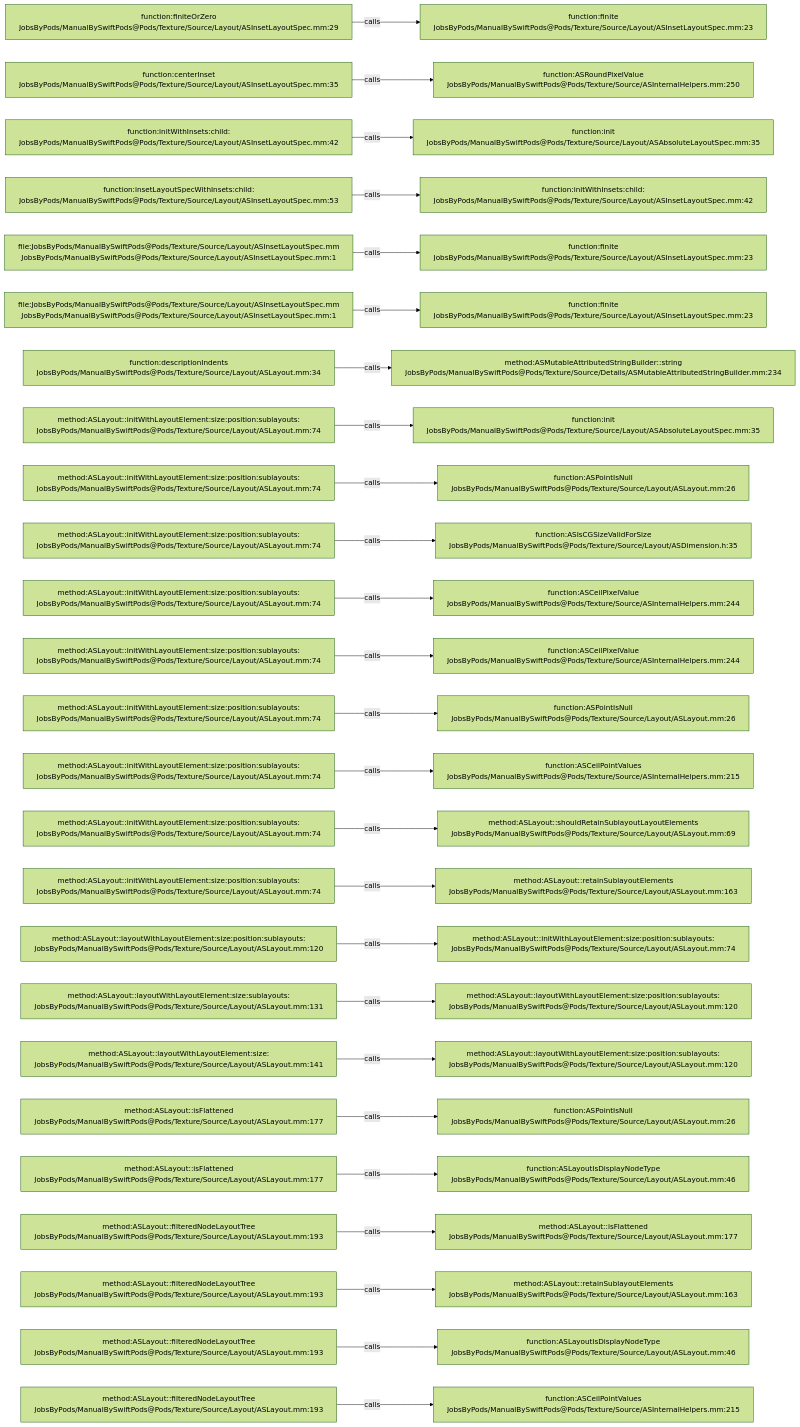
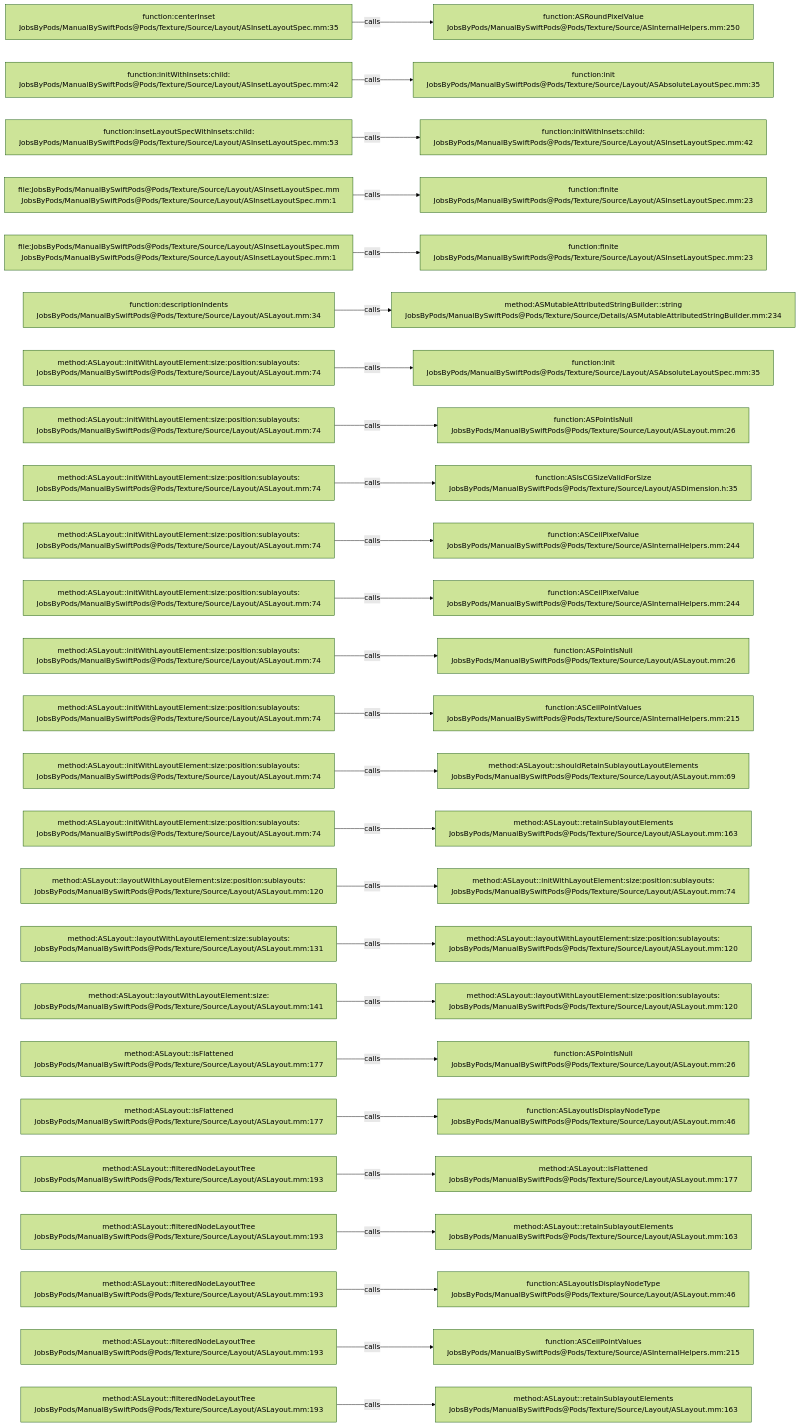
The diagram in .codegraph/codegraph.md/graphs/calls-108.md (JobsKits/JobsSwiftBaseConfigDemo), drawn with Mermaid (forest theme) before and after one commit. The commit also changed 747 other files, not shown here.

````diff
--- a/.codegraph/codegraph.md/graphs/calls-108.md
+++ b/.codegraph/codegraph.md/graphs/calls-108.md
@@ -13,78 +13,78 @@
 ```mermaid
 flowchart LR
-  S1["function:finiteOrZero<br/>JobsByPods/ManualBySwiftPods@Pods/Texture/Source/Layout/ASInsetLayoutSpec.mm:29"]
-  T1["function:finite<br/>JobsByPods/ManualBySwiftPods@Pods/Texture/Source/Layout/ASInsetLayoutSpec.mm:23"]
+  S1["function:centerInset<br/>JobsByPods/ManualBySwiftPods@Pods/Texture/Source/Layout/ASInsetLayoutSpec.mm:35"]
+  T1["function:ASRoundPixelValue<br/>JobsByPods/ManualBySwiftPods@Pods/Texture/Source/ASInternalHelpers.mm:250"]
   S1 -->|calls| T1
-  S2["function:centerInset<br/>JobsByPods/ManualBySwiftPods@Pods/Texture/Source/Layout/ASInsetLayoutSpec.mm:35"]
-  T2["function:ASRoundPixelValue<br/>JobsByPods/ManualBySwiftPods@Pods/Texture/Source/ASInternalHelpers.mm:250"]
+  S2["function:initWithInsets:child:<br/>JobsByPods/ManualBySwiftPods@Pods/Texture/Source/Layout/ASInsetLayoutSpec.mm:42"]
+  T2["function:init<br/>JobsByPods/ManualBySwiftPods@Pods/Texture/Source/Layout/ASAbsoluteLayoutSpec.mm:35"]
   S2 -->|calls| T2
-  S3["function:initWithInsets:child:<br/>JobsByPods/ManualBySwiftPods@Pods/Texture/Source/Layout/ASInsetLayoutSpec.mm:42"]
-  T3["function:init<br/>JobsByPods/ManualBySwiftPods@Pods/Texture/Source/Layout/ASAbsoluteLayoutSpec.mm:35"]
+  S3["function:insetLayoutSpecWithInsets:child:<br/>JobsByPods/ManualBySwiftPods@Pods/Texture/Source/Layout/ASInsetLayoutSpec.mm:53"]
+  T3["function:initWithInsets:child:<br/>JobsByPods/ManualBySwiftPods@Pods/Texture/Source/Layout/ASInsetLayoutSpec.mm:42"]
   S3 -->|calls| T3
-  S4["function:insetLayoutSpecWithInsets:child:<br/>JobsByPods/ManualBySwiftPods@Pods/Texture/Source/Layout/ASInsetLayoutSpec.mm:53"]
-  T4["function:initWithInsets:child:<br/>JobsByPods/ManualBySwiftPods@Pods/Texture/Source/Layout/ASInsetLayoutSpec.mm:42"]
+  S4["file:JobsByPods/ManualBySwiftPods@Pods/Texture/Source/Layout/ASInsetLayoutSpec.mm<br/>JobsByPods/ManualBySwiftPods@Pods/Texture/Source/Layout/ASInsetLayoutSpec.mm:1"]
+  T4["function:finite<br/>JobsByPods/ManualBySwiftPods@Pods/Texture/Source/Layout/ASInsetLayoutSpec.mm:23"]
   S4 -->|calls| T4
   S5["file:JobsByPods/ManualBySwiftPods@Pods/Texture/Source/Layout/ASInsetLayoutSpec.mm<br/>JobsByPods/ManualBySwiftPods@Pods/Texture/Source/Layout/ASInsetLayoutSpec.mm:1"]
   T5["function:finite<br/>JobsByPods/ManualBySwiftPods@Pods/Texture/Source/Layout/ASInsetLayoutSpec.mm:23"]
   S5 -->|calls| T5
-  S6["file:JobsByPods/ManualBySwiftPods@Pods/Texture/Source/Layout/ASInsetLayoutSpec.mm<br/>JobsByPods/ManualBySwiftPods@Pods/Texture/Source/Layout/ASInsetLayoutSpec.mm:1"]
-  T6["function:finite<br/>JobsByPods/ManualBySwiftPods@Pods/Texture/Source/Layout/ASInsetLayoutSpec.mm:23"]
+  S6["function:descriptionIndents<br/>JobsByPods/ManualBySwiftPods@Pods/Texture/Source/Layout/ASLayout.mm:34"]
+  T6["method:ASMutableAttributedStringBuilder::string<br/>JobsByPods/ManualBySwiftPods@Pods/Texture/Source/Details/ASMutableAttributedStringBuilder.mm:234"]
   S6 -->|calls| T6
-  S7["function:descriptionIndents<br/>JobsByPods/ManualBySwiftPods@Pods/Texture/Source/Layout/ASLayout.mm:34"]
-  T7["method:ASMutableAttributedStringBuilder::string<br/>JobsByPods/ManualBySwiftPods@Pods/Texture/Source/Details/ASMutableAttributedStringBuilder.mm:234"]
+  S7["method:ASLayout::initWithLayoutElement:size:position:sublayouts:<br/>JobsByPods/ManualBySwiftPods@Pods/Texture/Source/Layout/ASLayout.mm:74"]
+  T7["function:init<br/>JobsByPods/ManualBySwiftPods@Pods/Texture/Source/Layout/ASAbsoluteLayoutSpec.mm:35"]
   S7 -->|calls| T7
   S8["method:ASLayout::initWithLayoutElement:size:position:sublayouts:<br/>JobsByPods/ManualBySwiftPods@Pods/Texture/Source/Layout/ASLayout.mm:74"]
-  T8["function:init<br/>JobsByPods/ManualBySwiftPods@Pods/Texture/Source/Layout/ASAbsoluteLayoutSpec.mm:35"]
+  T8["function:ASPointIsNull<br/>JobsByPods/ManualBySwiftPods@Pods/Texture/Source/Layout/ASLayout.mm:26"]
   S8 -->|calls| T8
   S9["method:ASLayout::initWithLayoutElement:size:position:sublayouts:<br/>JobsByPods/ManualBySwiftPods@Pods/Texture/Source/Layout/ASLayout.mm:74"]
-  T9["function:ASPointIsNull<br/>JobsByPods/ManualBySwiftPods@Pods/Texture/Source/Layout/ASLayout.mm:26"]
+  T9["function:ASIsCGSizeValidForSize<br/>JobsByPods/ManualBySwiftPods@Pods/Texture/Source/Layout/ASDimension.h:35"]
   S9 -->|calls| T9
   S10["method:ASLayout::initWithLayoutElement:size:position:sublayouts:<br/>JobsByPods/ManualBySwiftPods@Pods/Texture/Source/Layout/ASLayout.mm:74"]
-  T10["function:ASIsCGSizeValidForSize<br/>JobsByPods/ManualBySwiftPods@Pods/Texture/Source/Layout/ASDimension.h:35"]
+  T10["function:ASCeilPixelValue<br/>JobsByPods/ManualBySwiftPods@Pods/Texture/Source/ASInternalHelpers.mm:244"]
   S10 -->|calls| T10
   S11["method:ASLayout::initWithLayoutElement:size:position:sublayouts:<br/>JobsByPods/ManualBySwiftPods@Pods/Texture/Source/Layout/ASLayout.mm:74"]
   T11["function:ASCeilPixelValue<br/>JobsByPods/ManualBySwiftPods@Pods/Texture/Source/ASInternalHelpers.mm:244"]
   S11 -->|calls| T11
   S12["method:ASLayout::initWithLayoutElement:size:position:sublayouts:<br/>JobsByPods/ManualBySwiftPods@Pods/Texture/Source/Layout/ASLayout.mm:74"]
-  T12["function:ASCeilPixelValue<br/>JobsByPods/ManualBySwiftPods@Pods/Texture/Source/ASInternalHelpers.mm:244"]
+  T12["function:ASPointIsNull<br/>JobsByPods/ManualBySwiftPods@Pods/Texture/Source/Layout/ASLayout.mm:26"]
   S12 -->|calls| T12
   S13["method:ASLayout::initWithLayoutElement:size:position:sublayouts:<br/>JobsByPods/ManualBySwiftPods@Pods/Texture/Source/Layout/ASLayout.mm:74"]
-  T13["function:ASPointIsNull<br/>JobsByPods/ManualBySwiftPods@Pods/Texture/Source/Layout/ASLayout.mm:26"]
+  T13["function:ASCeilPointValues<br/>JobsByPods/ManualBySwiftPods@Pods/Texture/Source/ASInternalHelpers.mm:215"]
   S13 -->|calls| T13
   S14["method:ASLayout::initWithLayoutElement:size:position:sublayouts:<br/>JobsByPods/ManualBySwiftPods@Pods/Texture/Source/Layout/ASLayout.mm:74"]
-  T14["function:ASCeilPointValues<br/>JobsByPods/ManualBySwiftPods@Pods/Texture/Source/ASInternalHelpers.mm:215"]
+  T14["method:ASLayout::shouldRetainSublayoutLayoutElements<br/>JobsByPods/ManualBySwiftPods@Pods/Texture/Source/Layout/ASLayout.mm:69"]
   S14 -->|calls| T14
   S15["method:ASLayout::initWithLayoutElement:size:position:sublayouts:<br/>JobsByPods/ManualBySwiftPods@Pods/Texture/Source/Layout/ASLayout.mm:74"]
-  T15["method:ASLayout::shouldRetainSublayoutLayoutElements<br/>JobsByPods/ManualBySwiftPods@Pods/Texture/Source/Layout/ASLayout.mm:69"]
+  T15["method:ASLayout::retainSublayoutElements<br/>JobsByPods/ManualBySwiftPods@Pods/Texture/Source/Layout/ASLayout.mm:163"]
   S15 -->|calls| T15
-  S16["method:ASLayout::initWithLayoutElement:size:position:sublayouts:<br/>JobsByPods/ManualBySwiftPods@Pods/Texture/Source/Layout/ASLayout.mm:74"]
-  T16["method:ASLayout::retainSublayoutElements<br/>JobsByPods/ManualBySwiftPods@Pods/Texture/Source/Layout/ASLayout.mm:163"]
+  S16["method:ASLayout::layoutWithLayoutElement:size:position:sublayouts:<br/>JobsByPods/ManualBySwiftPods@Pods/Texture/Source/Layout/ASLayout.mm:120"]
+  T16["method:ASLayout::initWithLayoutElement:size:position:sublayouts:<br/>JobsByPods/ManualBySwiftPods@Pods/Texture/Source/Layout/ASLayout.mm:74"]
   S16 -->|calls| T16
-  S17["method:ASLayout::layoutWithLayoutElement:size:position:sublayouts:<br/>JobsByPods/ManualBySwiftPods@Pods/Texture/Source/Layout/ASLayout.mm:120"]
-  T17["method:ASLayout::initWithLayoutElement:size:position:sublayouts:<br/>JobsByPods/ManualBySwiftPods@Pods/Texture/Source/Layout/ASLayout.mm:74"]
+  S17["method:ASLayout::layoutWithLayoutElement:size:sublayouts:<br/>JobsByPods/ManualBySwiftPods@Pods/Texture/Source/Layout/ASLayout.mm:131"]
+  T17["method:ASLayout::layoutWithLayoutElement:size:position:sublayouts:<br/>JobsByPods/ManualBySwiftPods@Pods/Texture/Source/Layout/ASLayout.mm:120"]
   S17 -->|calls| T17
-  S18["method:ASLayout::layoutWithLayoutElement:size:sublayouts:<br/>JobsByPods/ManualBySwiftPods@Pods/Texture/Source/Layout/ASLayout.mm:131"]
+  S18["method:ASLayout::layoutWithLayoutElement:size:<br/>JobsByPods/ManualBySwiftPods@Pods/Texture/Source/Layout/ASLayout.mm:141"]
   T18["method:ASLayout::layoutWithLayoutElement:size:position:sublayouts:<br/>JobsByPods/ManualBySwiftPods@Pods/Texture/Source/Layout/ASLayout.mm:120"]
   S18 -->|calls| T18
-  S19["method:ASLayout::layoutWithLayoutElement:size:<br/>JobsByPods/ManualBySwiftPods@Pods/Texture/Source/Layout/ASLayout.mm:141"]
-  T19["method:ASLayout::layoutWithLayoutElement:size:position:sublayouts:<br/>JobsByPods/ManualBySwiftPods@Pods/Texture/Source/Layout/ASLayout.mm:120"]
+  S19["method:ASLayout::isFlattened<br/>JobsByPods/ManualBySwiftPods@Pods/Texture/Source/Layout/ASLayout.mm:177"]
+  T19["function:ASPointIsNull<br/>JobsByPods/ManualBySwiftPods@Pods/Texture/Source/Layout/ASLayout.mm:26"]
   S19 -->|calls| T19
   S20["method:ASLayout::isFlattened<br/>JobsByPods/ManualBySwiftPods@Pods/Texture/Source/Layout/ASLayout.mm:177"]
-  T20["function:ASPointIsNull<br/>JobsByPods/ManualBySwiftPods@Pods/Texture/Source/Layout/ASLayout.mm:26"]
+  T20["function:ASLayoutIsDisplayNodeType<br/>JobsByPods/ManualBySwiftPods@Pods/Texture/Source/Layout/ASLayout.mm:46"]
   S20 -->|calls| T20
-  S21["method:ASLayout::isFlattened<br/>JobsByPods/ManualBySwiftPods@Pods/Texture/Source/Layout/ASLayout.mm:177"]
-  T21["function:ASLayoutIsDisplayNodeType<br/>JobsByPods/ManualBySwiftPods@Pods/Texture/Source/Layout/ASLayout.mm:46"]
+  S21["method:ASLayout::filteredNodeLayoutTree<br/>JobsByPods/ManualBySwiftPods@Pods/Texture/Source/Layout/ASLayout.mm:193"]
+  T21["method:ASLayout::isFlattened<br/>JobsByPods/ManualBySwiftPods@Pods/Texture/Source/Layout/ASLayout.mm:177"]
   S21 -->|calls| T21
   S22["method:ASLayout::filteredNodeLayoutTree<br/>JobsByPods/ManualBySwiftPods@Pods/Texture/Source/Layout/ASLayout.mm:193"]
-  T22["method:ASLayout::isFlattened<br/>JobsByPods/ManualBySwiftPods@Pods/Texture/Source/Layout/ASLayout.mm:177"]
+  T22["method:ASLayout::retainSublayoutElements<br/>JobsByPods/ManualBySwiftPods@Pods/Texture/Source/Layout/ASLayout.mm:163"]
   S22 -->|calls| T22
   S23["method:ASLayout::filteredNodeLayoutTree<br/>JobsByPods/ManualBySwiftPods@Pods/Texture/Source/Layout/ASLayout.mm:193"]
-  T23["method:ASLayout::retainSublayoutElements<br/>JobsByPods/ManualBySwiftPods@Pods/Texture/Source/Layout/ASLayout.mm:163"]
+  T23["function:ASLayoutIsDisplayNodeType<br/>JobsByPods/ManualBySwiftPods@Pods/Texture/Source/Layout/ASLayout.mm:46"]
   S23 -->|calls| T23
   S24["method:ASLayout::filteredNodeLayoutTree<br/>JobsByPods/ManualBySwiftPods@Pods/Texture/Source/Layout/ASLayout.mm:193"]
-  T24["function:ASLayoutIsDisplayNodeType<br/>JobsByPods/ManualBySwiftPods@Pods/Texture/Source/Layout/ASLayout.mm:46"]
+  T24["function:ASCeilPointValues<br/>JobsByPods/ManualBySwiftPods@Pods/Texture/Source/ASInternalHelpers.mm:215"]
   S24 -->|calls| T24
   S25["method:ASLayout::filteredNodeLayoutTree<br/>JobsByPods/ManualBySwiftPods@Pods/Texture/Source/Layout/ASLayout.mm:193"]
-  T25["function:ASCeilPointValues<br/>JobsByPods/ManualBySwiftPods@Pods/Texture/Source/ASInternalHelpers.mm:215"]
+  T25["method:ASLayout::retainSublayoutElements<br/>JobsByPods/ManualBySwiftPods@Pods/Texture/Source/Layout/ASLayout.mm:163"]
   S25 -->|calls| T25
 ```
````
